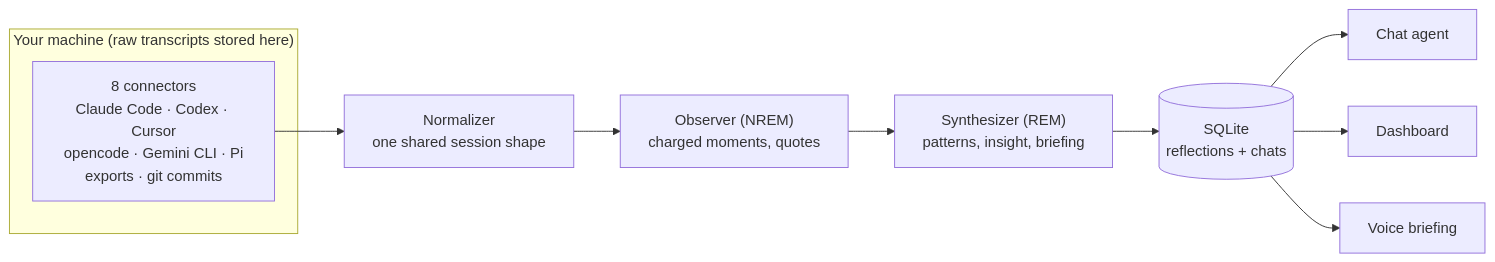
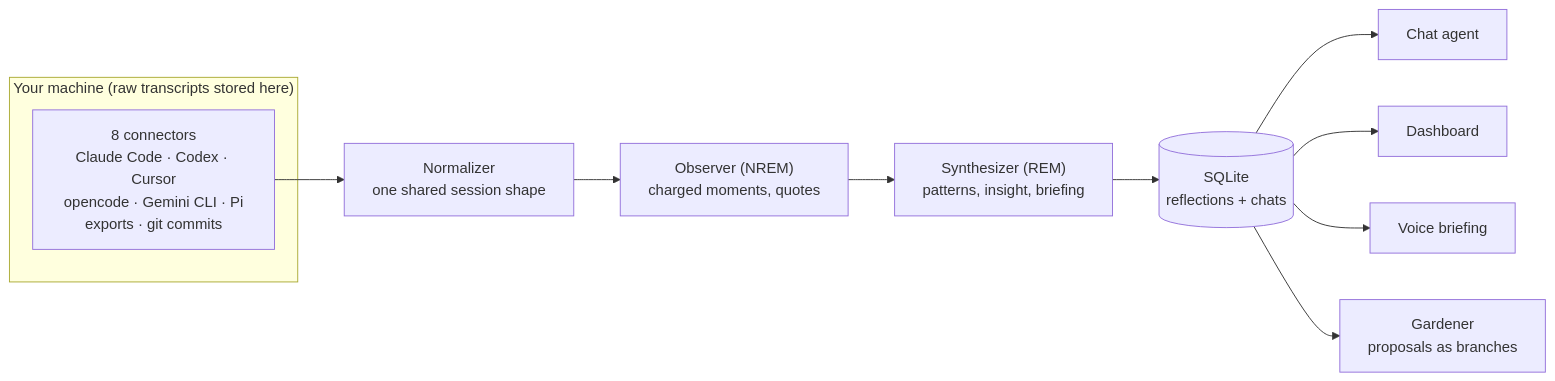
One commit to Vela3202019/wisen changed the diagram in README.md. Above: the diagram before and after it, drawn with Mermaid. The commit also changed other lines of this file and 2 other files, not shown here.

````diff
--- a/README.md
+++ b/README.md
@@ -112,13 +139,14 @@
 ```mermaid
 flowchart LR
     subgraph sources["Your machine (raw transcripts stored here)"]
         A["8 connectors<br/>Claude Code · Codex · Cursor<br/>opencode · Gemini CLI · Pi<br/>exports · git commits"]
     end
     A --> N["Normalizer<br/>one shared session shape"]
     N --> O["Observer (NREM)<br/>charged moments, quotes"]
     O --> S["Synthesizer (REM)<br/>patterns, insight, briefing"]
     S --> M[("SQLite<br/>reflections + chats")]
     M --> C["Chat agent"]
     M --> D["Dashboard"]
     M --> V["Voice briefing"]
+    M --> G["Gardener<br/>proposals as branches"]
 ```
````
